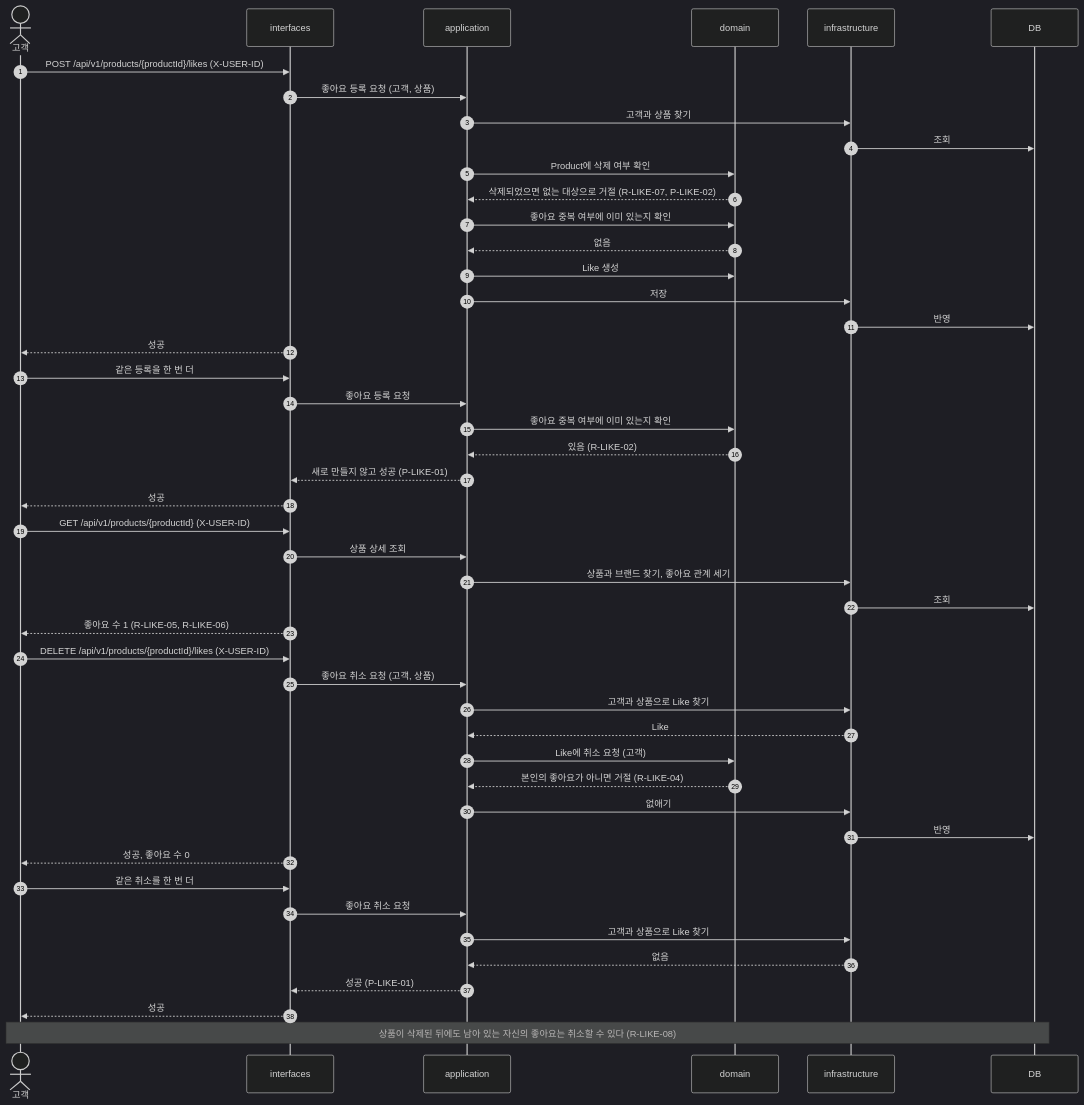
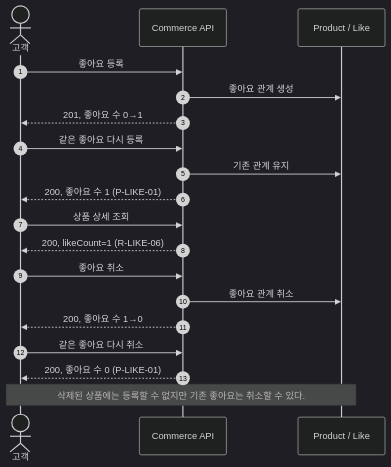
Before and after one commit to loopers-labs/loop-pack-be-l2-vol5-java: the second of 3 diagrams in docs/week2/representative-flows.md, drawn with Mermaid (dark theme). The commit also changed other lines of this file and 1 other file, not shown here.

````diff
--- a/docs/week2/representative-flows.md
+++ b/docs/week2/representative-flows.md
@@ -93,55 +63,27 @@
 ```mermaid
 sequenceDiagram
     autonumber
     actor C as 고객
-    participant IF as interfaces
-    participant AP as application
-    participant DM as domain
-    participant IN as infrastructure
-    participant DB
+    participant API as Commerce API
+    participant D as Product / Like
 
-    C->>IF: POST /api/v1/products/{productId}/likes (X-USER-ID)
-    IF->>AP: 좋아요 등록 요청 (고객, 상품)
-    AP->>IN: 고객과 상품 찾기
-    IN->>DB: 조회
-    AP->>DM: Product에 삭제 여부 확인
-    DM-->>AP: 삭제되었으면 없는 대상으로 거절 (R-LIKE-07, P-LIKE-02)
-    AP->>DM: 좋아요 중복 여부에 이미 있는지 확인
-    DM-->>AP: 없음
-    AP->>DM: Like 생성
-    AP->>IN: 저장
-    IN->>DB: 반영
-    IF-->>C: 성공
+    C->>API: 좋아요 등록
+    API->>D: 좋아요 관계 생성
+    API-->>C: 201, 좋아요 수 0→1
 
-    C->>IF: 같은 등록을 한 번 더
-    IF->>AP: 좋아요 등록 요청
-    AP->>DM: 좋아요 중복 여부에 이미 있는지 확인
-    DM-->>AP: 있음 (R-LIKE-02)
-    AP-->>IF: 새로 만들지 않고 성공 (P-LIKE-01)
-    IF-->>C: 성공
+    C->>API: 같은 좋아요 다시 등록
+    API->>D: 기존 관계 유지
+    API-->>C: 200, 좋아요 수 1 (P-LIKE-01)
 
-    C->>IF: GET /api/v1/products/{productId} (X-USER-ID)
-    IF->>AP: 상품 상세 조회
-    AP->>IN: 상품과 브랜드 찾기, 좋아요 관계 세기
-    IN->>DB: 조회
-    IF-->>C: 좋아요 수 1 (R-LIKE-05, R-LIKE-06)
+    C->>API: 상품 상세 조회
+    API-->>C: 200, likeCount=1 (R-LIKE-06)
 
-    C->>IF: DELETE /api/v1/products/{productId}/likes (X-USER-ID)
-    IF->>AP: 좋아요 취소 요청 (고객, 상품)
-    AP->>IN: 고객과 상품으로 Like 찾기
-    IN-->>AP: Like
-    AP->>DM: Like에 취소 요청 (고객)
-    DM-->>AP: 본인의 좋아요가 아니면 거절 (R-LIKE-04)
-    AP->>IN: 없애기
-    IN->>DB: 반영
-    IF-->>C: 성공, 좋아요 수 0
+    C->>API: 좋아요 취소
+    API->>D: 좋아요 관계 취소
+    API-->>C: 200, 좋아요 수 1→0
 
-    C->>IF: 같은 취소를 한 번 더
-    IF->>AP: 좋아요 취소 요청
-    AP->>IN: 고객과 상품으로 Like 찾기
-    IN-->>AP: 없음
-    AP-->>IF: 성공 (P-LIKE-01)
-    IF-->>C: 성공
+    C->>API: 같은 좋아요 다시 취소
+    API-->>C: 200, 좋아요 수 0 (P-LIKE-01)
 
-    Note over C,DB: 상품이 삭제된 뒤에도 남아 있는 자신의 좋아요는 취소할 수 있다 (R-LIKE-08)
+    Note over C,D: 삭제된 상품에는 등록할 수 없지만 기존 좋아요는 취소할 수 있다.
 ```
````
